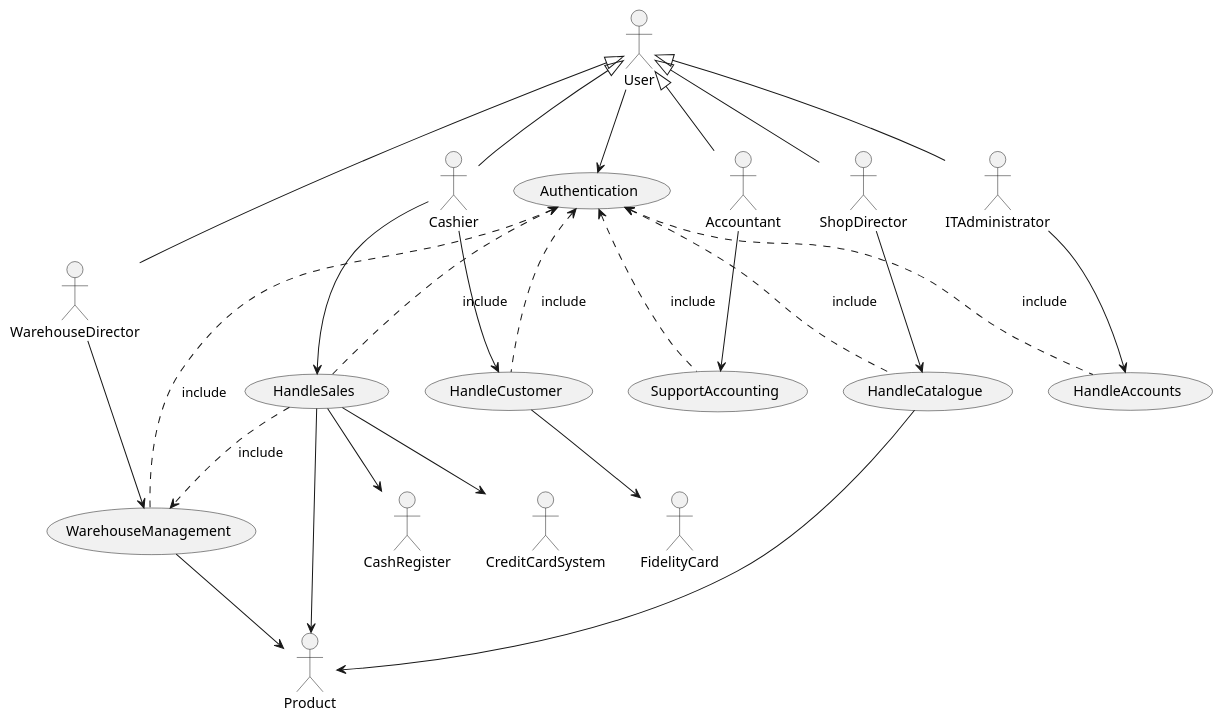
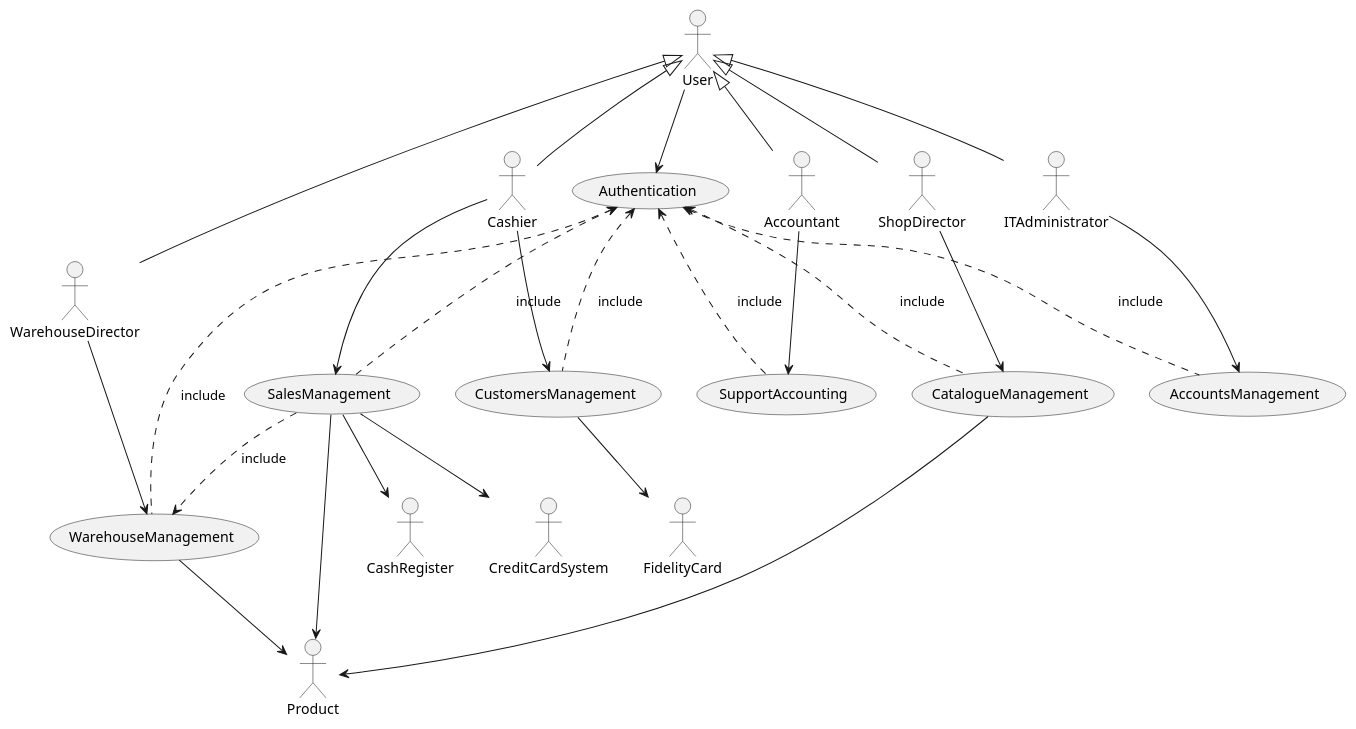
One commit to Stormz4/group20-EzShop changed the second of 9 diagrams in Deliverables/RequirementsDocument.md. Above: the diagram before and after it, drawn with PlantUML. The commit also changed other lines of this file, not shown here.

````diff
--- a/Deliverables/RequirementsDocument.md
+++ b/Deliverables/RequirementsDocument.md
@@ -228,44 +228,44 @@
 ```plantuml
 @startuml
 usecase Authentication
-usecase HandleSales
-usecase HandleCustomer
-usecase HandleCatalogue
+usecase SalesManagement
+usecase CustomersManagement
+usecase CatalogueManagement
 usecase WarehouseManagement
 usecase SupportAccounting
-usecase HandleAccounts
+usecase AccountsManagement
 
 
 User <|-- Cashier
 User <|-- WarehouseDirector
 User <|-- Accountant
 User <|-- ShopDirector
 User <|-- ITAdministrator
 
 User --> Authentication
-Cashier --> HandleSales
-Cashier --> HandleCustomer
-ShopDirector --> HandleCatalogue
+Cashier --> SalesManagement
+Cashier --> CustomersManagement
+ShopDirector --> CatalogueManagement
 WarehouseDirector --> WarehouseManagement
 Accountant --> SupportAccounting
 
 
-ITAdministrator --> HandleAccounts
+ITAdministrator --> AccountsManagement
 
-HandleSales --> Product
+SalesManagement --> Product
 WarehouseManagement --> Product
-HandleCatalogue --> Product
-HandleSales ..> WarehouseManagement : include
+CatalogueManagement --> Product
+SalesManagement ..> WarehouseManagement : include
 
-Authentication <.. HandleSales : include
-Authentication <.. HandleCustomer : include
-Authentication <.. HandleCatalogue : include
+Authentication <.. SalesManagement : include
+Authentication <.. CustomersManagement : include
+Authentication <.. CatalogueManagement : include
 Authentication <.. WarehouseManagement : include
-Authentication <.. HandleAccounts : include
+Authentication <.. AccountsManagement : include
 Authentication <.. SupportAccounting : include
 
-HandleCustomer --> FidelityCard
-HandleSales --> CashRegister
-HandleSales --> CreditCardSystem
+CustomersManagement --> FidelityCard
+SalesManagement --> CashRegister
+SalesManagement --> CreditCardSystem
 @enduml
 ```
````
